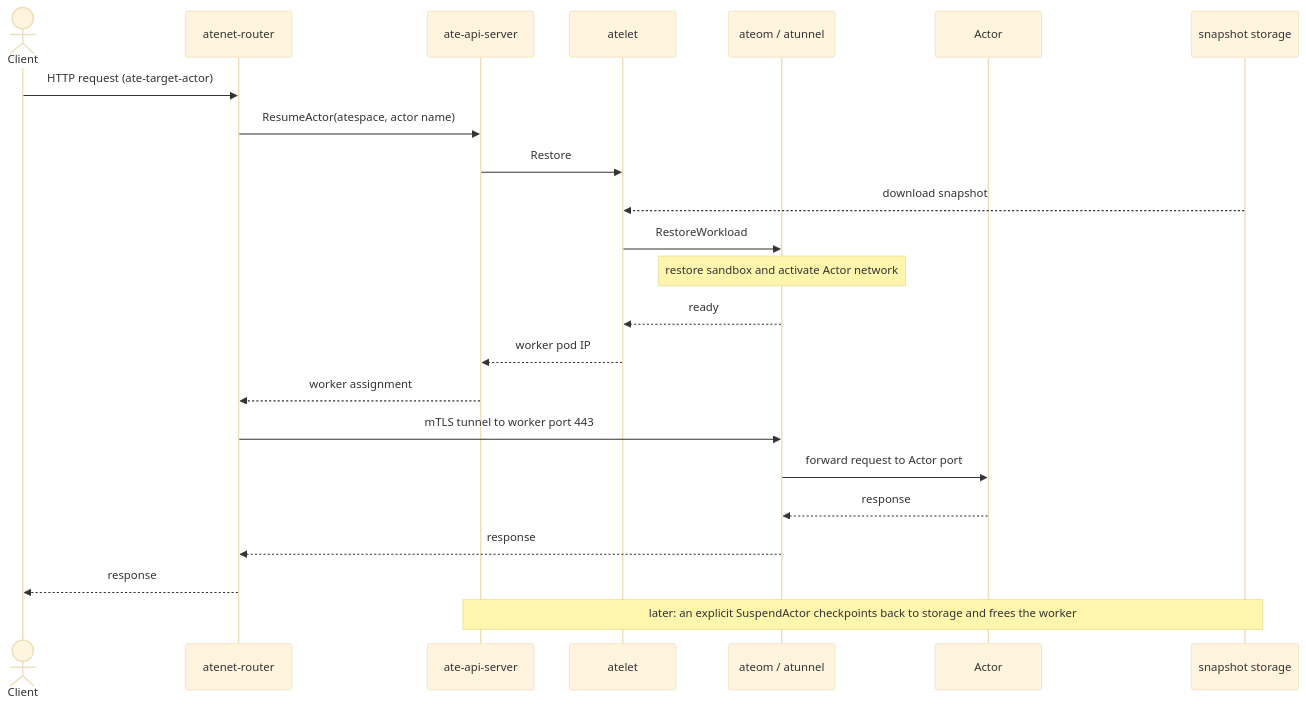
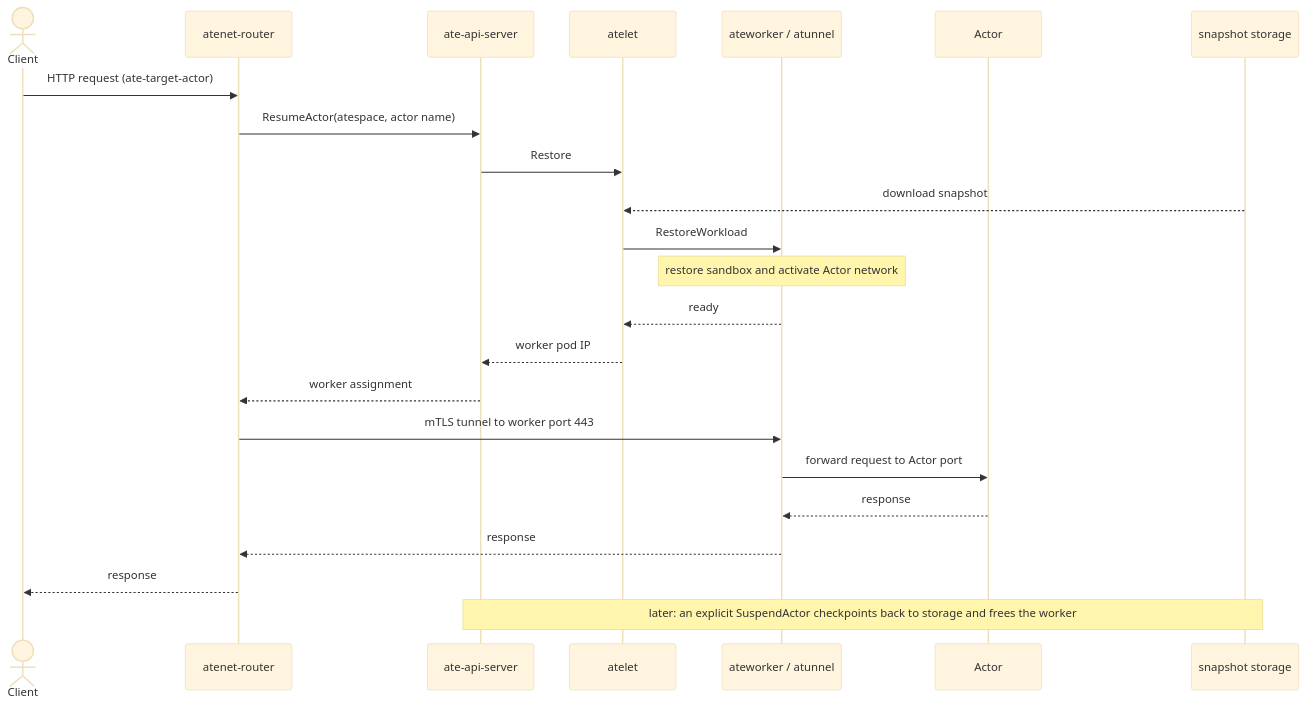
Before and after one commit to agent-substrate/substrate: the second of 3 diagrams in docs/architecture.md, drawn with Mermaid (base theme). The commit also changed other lines of this file and 23 other files, not shown here.

````diff
--- a/docs/architecture.md
+++ b/docs/architecture.md
@@ -388,26 +388,26 @@
 ```mermaid
 sequenceDiagram
     actor Client
     participant Gateway as atenet-router
     participant API as ate-api-server
     participant Atelet as atelet
-    participant Tunnel as ateom / atunnel
+    participant Tunnel as ateworker / atunnel
     participant A as Actor
     participant Store as snapshot storage
 
     Client->>Gateway: HTTP request (ate-target-actor)
     Gateway->>API: ResumeActor(atespace, actor name)
     API->>Atelet: Restore
     Store-->>Atelet: download snapshot
     Atelet->>Tunnel: RestoreWorkload
     Note over Tunnel: restore sandbox and activate Actor network
     Tunnel-->>Atelet: ready
     Atelet-->>API: worker pod IP
     API-->>Gateway: worker assignment
     Gateway->>Tunnel: mTLS tunnel to worker port 443
     Tunnel->>A: forward request to Actor port
     A-->>Tunnel: response
     Tunnel-->>Gateway: response
     Gateway-->>Client: response
     Note over API,Store: later: an explicit SuspendActor checkpoints back to storage and frees the worker
 ```
````
